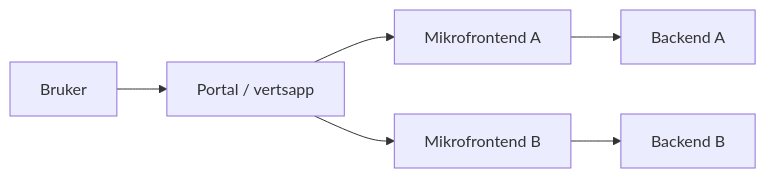
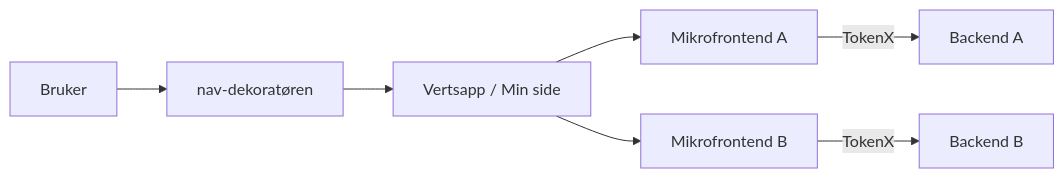
The third of 3 diagrams in dist/skills/readme-update/SKILL.md (navikt/hovmester), drawn with Mermaid before and after one commit. The commit also changed other lines of this file, not shown here.

````diff
--- a/dist/skills/readme-update/SKILL.md
+++ b/dist/skills/readme-update/SKILL.md
@@ -118,8 +109,9 @@
 ```mermaid
 flowchart LR
-  U[Bruker] --> P[Portal / vertsapp]
+  U[Bruker] --> D[nav-dekoratøren]
+  D --> P[Vertsapp / Min side]
   P --> M1[Mikrofrontend A]
   P --> M2[Mikrofrontend B]
-  M1 --> B1[Backend A]
-  M2 --> B2[Backend B]
+  M1 -->|TokenX| B1[Backend A]
+  M2 -->|TokenX| B2[Backend B]
 ```
````
